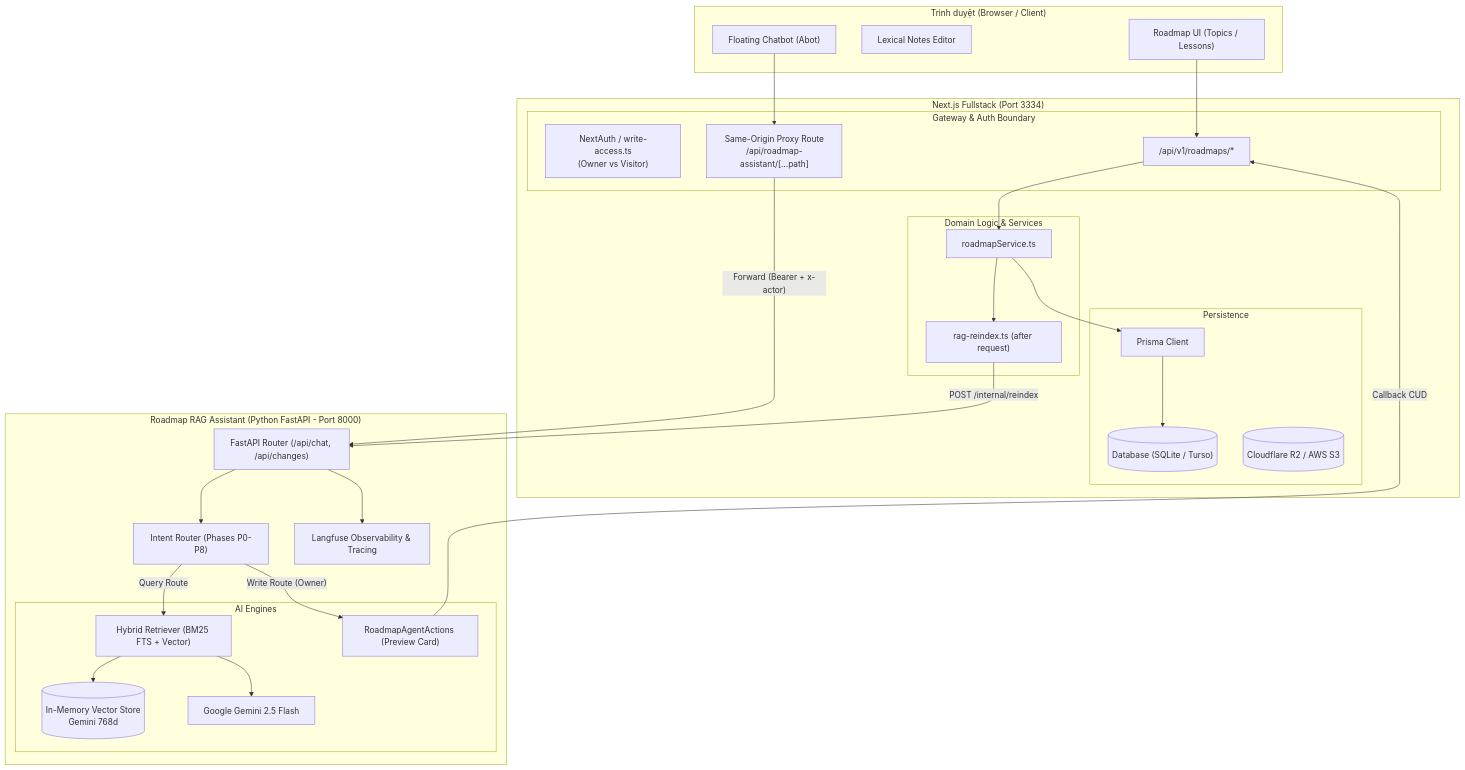
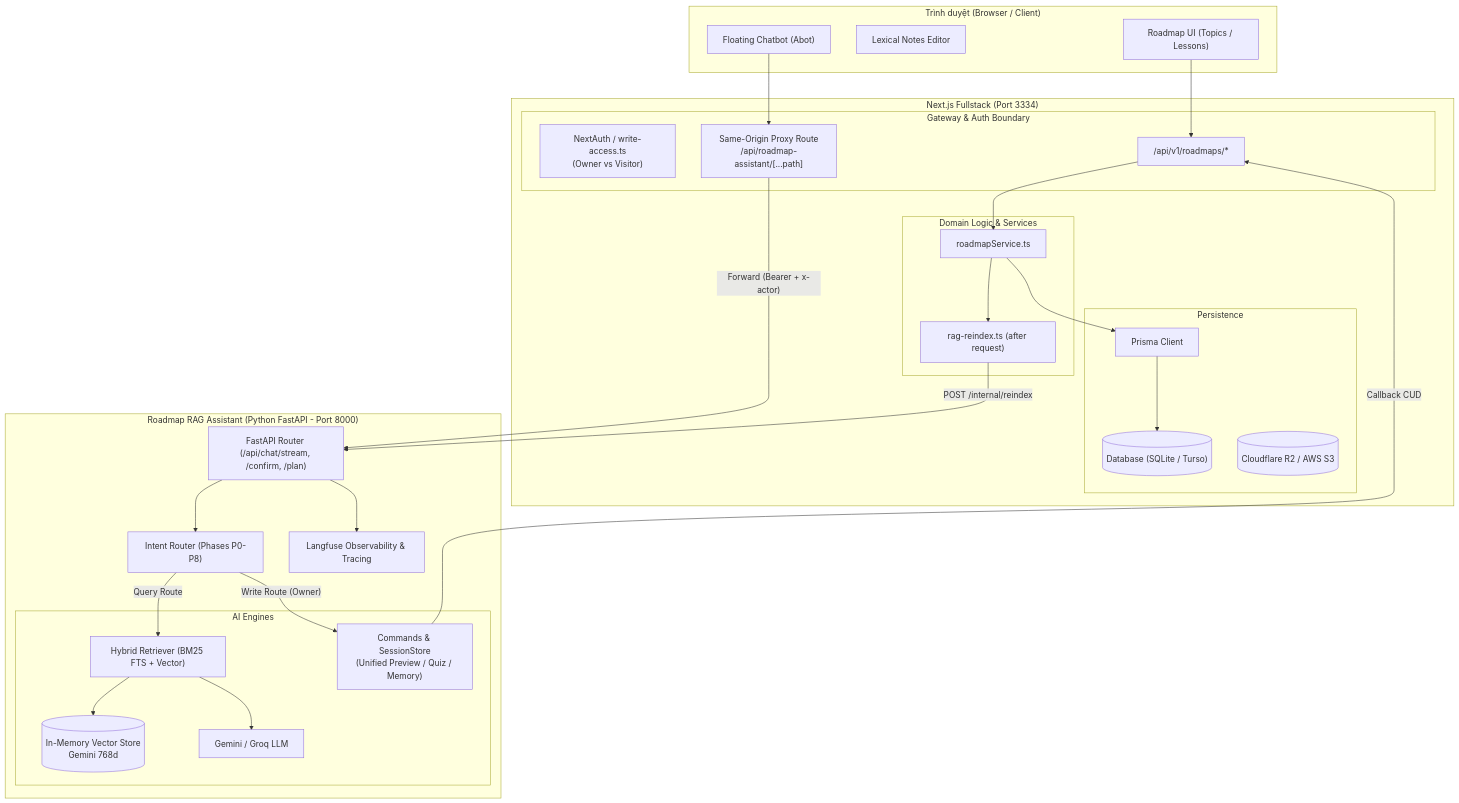
Before and after one commit to CrisNguyen2025/crisne-website: the first of 4 diagrams in docs/code-intel/CRIS_WORKSPACE_MAP.md, drawn with Mermaid. The commit also changed other lines of this file and 47 other files, not shown here.

````diff
--- a/docs/code-intel/CRIS_WORKSPACE_MAP.md
+++ b/docs/code-intel/CRIS_WORKSPACE_MAP.md
@@ -15,61 +15,61 @@
 ```mermaid
 graph TB
     subgraph Browser_Client ["Trình duyệt (Browser / Client)"]
         UI_Roadmap["Roadmap UI (Topics / Lessons)"]
         UI_Lexical["Lexical Notes Editor"]
         UI_FloatingBot["Floating Chatbot (Abot)"]
     end
 
     subgraph NextJS_AppRouter ["Next.js Fullstack (Port 3334)"]
         subgraph Gateway_Layer ["Gateway & Auth Boundary"]
             AuthCheck["NextAuth / write-access.ts<br/>(Owner vs Visitor)"]
             Proxy_Route["Same-Origin Proxy Route<br/>/api/roadmap-assistant/[...path]"]
             API_Roadmap["/api/v1/roadmaps/*"]
         end
 
         subgraph Service_Layer ["Domain Logic & Services"]
             RoadmapService["roadmapService.ts"]
             ReindexHook["rag-reindex.ts (after request)"]
         end
 
         subgraph Storage_Layer ["Persistence"]
             PrismaORM["Prisma Client"]
             SQLiteTurso[("Database (SQLite / Turso)")]
             S3R2[("Cloudflare R2 / AWS S3")]
         end
     end
 
     subgraph Python_Microservice ["Roadmap RAG Assistant (Python FastAPI - Port 8000)"]
-        FastAPI_Server["FastAPI Router (/api/chat, /api/changes)"]
+        FastAPI_Server["FastAPI Router (/api/chat/stream, /confirm, /plan)"]
         IntentRouter["Intent Router (Phases P0-P8)"]
 
         subgraph AI_Engine ["AI Engines"]
             HybridRAG["Hybrid Retriever (BM25 FTS + Vector)"]
             InMemoryStore[("In-Memory Vector Store<br/>Gemini 768d")]
-            CUDActions["RoadmapAgentActions (Preview Card)"]
-            GeminiLLM["Google Gemini 2.5 Flash"]
+            CUDActions["Commands & SessionStore<br/>(Unified Preview / Quiz / Memory)"]
+            GeminiLLM["Gemini / Groq LLM"]
         end
 
         LangfuseObs["Langfuse Observability & Tracing"]
     end
 
     %% Client calls
     UI_Roadmap --> API_Roadmap
     UI_FloatingBot --> Proxy_Route
 
     %% Gateway & Routing
     API_Roadmap --> RoadmapService --> PrismaORM
     PrismaORM --> SQLiteTurso
 
     %% Proxying to Python
     Proxy_Route -- "Forward (Bearer + x-actor)" --> FastAPI_Server
     FastAPI_Server --> IntentRouter
     IntentRouter -- "Query Route" --> HybridRAG --> InMemoryStore
     HybridRAG --> GeminiLLM
     IntentRouter -- "Write Route (Owner)" --> CUDActions
     CUDActions -- "Callback CUD" --> API_Roadmap
     RoadmapService --> ReindexHook -- "POST /internal/reindex" --> FastAPI_Server
 
     %% Observability
     FastAPI_Server --> LangfuseObs
 ```
````
